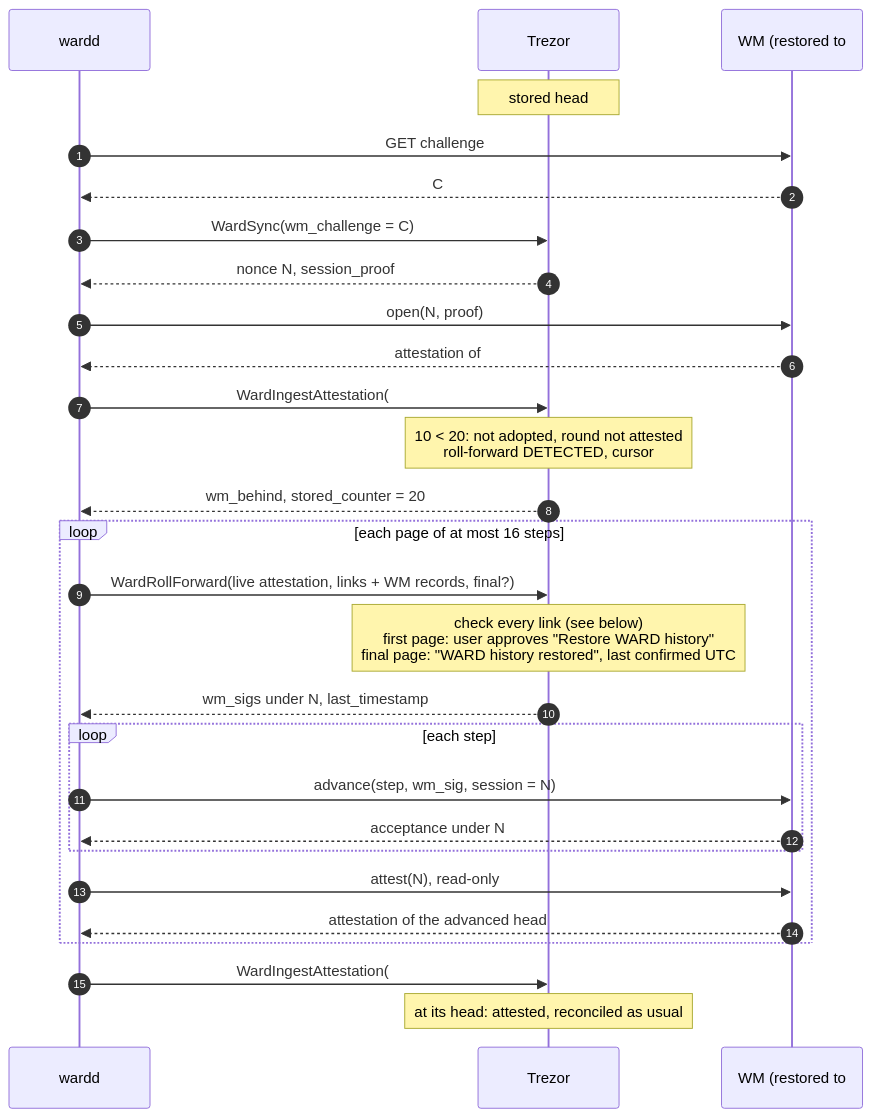
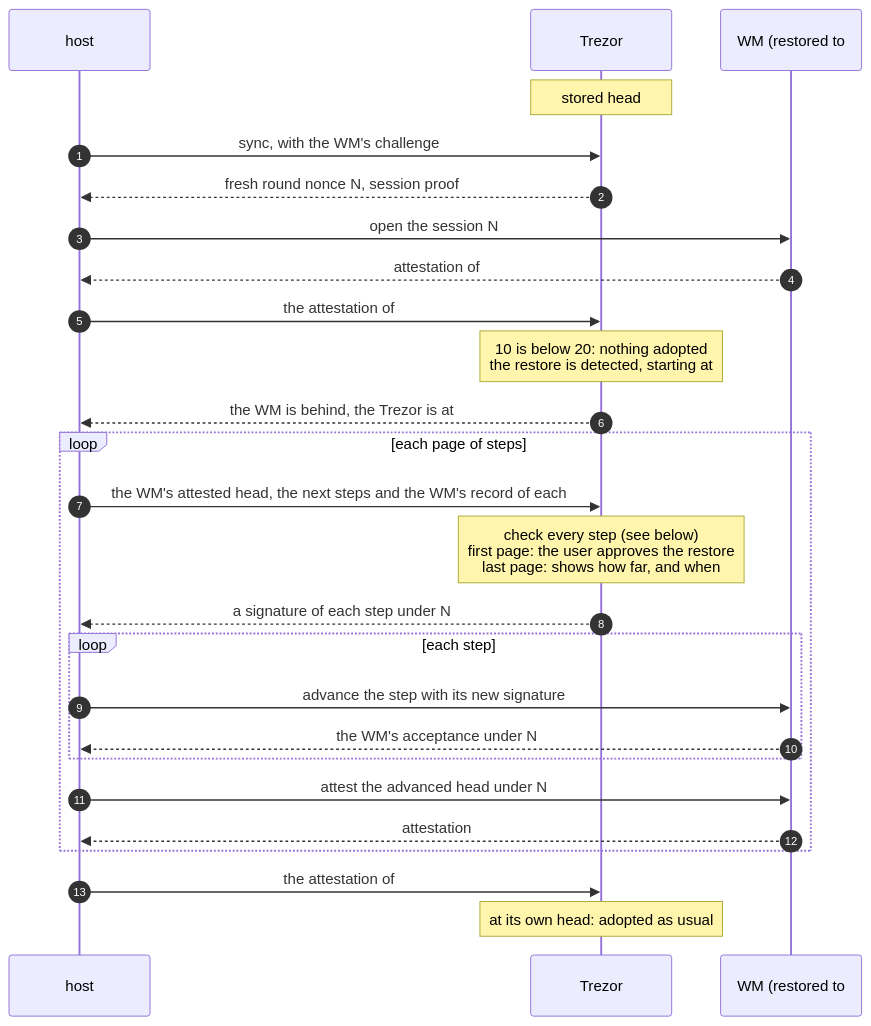
Before and after one commit to trezor/trezor-firmware: the first of 2 diagrams in docs/ward/ward_roll_forward.md, drawn with Mermaid. The commit also changed other lines of this file and 9 other files, not shown here.

First line of the commit message:
feat(ward): end freshness when the Trezor signs; sync after publishing

````diff
--- a/docs/ward/ward_roll_forward.md
+++ b/docs/ward/ward_roll_forward.md
@@ -25,30 +25,28 @@
 ```mermaid
 sequenceDiagram
     autonumber
-    participant W as wardd
+    participant H as host
     participant T as Trezor
     participant M as WM (restored to #10)
     Note over T: stored head #20
-    W->>M: GET challenge
-    M-->>W: C
-    W->>T: WardSync(wm_challenge = C)
-    T-->>W: nonce N, session_proof
-    W->>M: open(N, proof)
-    M-->>W: attestation of #10 under N
-    W->>T: WardIngestAttestation(#10)
-    Note over T: 10 < 20: not adopted, round not attested<br/>roll-forward DETECTED, cursor #10
-    T-->>W: wm_behind, stored_counter = 20
-    loop each page of at most 16 steps
-        W->>T: WardRollForward(live attestation, links + WM records, final?)
-        Note over T: check every link (see below)<br/>first page: user approves "Restore WARD history"<br/>final page: "WARD history restored", last confirmed UTC
-        T-->>W: wm_sigs under N, last_timestamp
+    H->>T: sync, with the WM's challenge
+    T-->>H: fresh round nonce N, session proof
+    H->>M: open the session N
+    M-->>H: attestation of #10 under N
+    H->>T: the attestation of #10
+    Note over T: 10 is below 20: nothing adopted<br/>the restore is detected, starting at #10
+    T-->>H: the WM is behind, the Trezor is at #20
+    loop each page of steps
+        H->>T: the WM's attested head, the next steps and the WM's record of each
+        Note over T: check every step (see below)<br/>first page: the user approves the restore<br/>last page: shows how far, and when
+        T-->>H: a signature of each step under N
         loop each step
-            W->>M: advance(step, wm_sig, session = N)
-            M-->>W: acceptance under N
+            H->>M: advance the step with its new signature
+            M-->>H: the WM's acceptance under N
         end
-        W->>M: attest(N), read-only
-        M-->>W: attestation of the advanced head
+        H->>M: attest the advanced head under N
+        M-->>H: attestation
     end
-    W->>T: WardIngestAttestation(#20)
-    Note over T: at its head: attested, reconciled as usual
+    H->>T: the attestation of #20
+    Note over T: at its own head: adopted as usual
 ```
````
